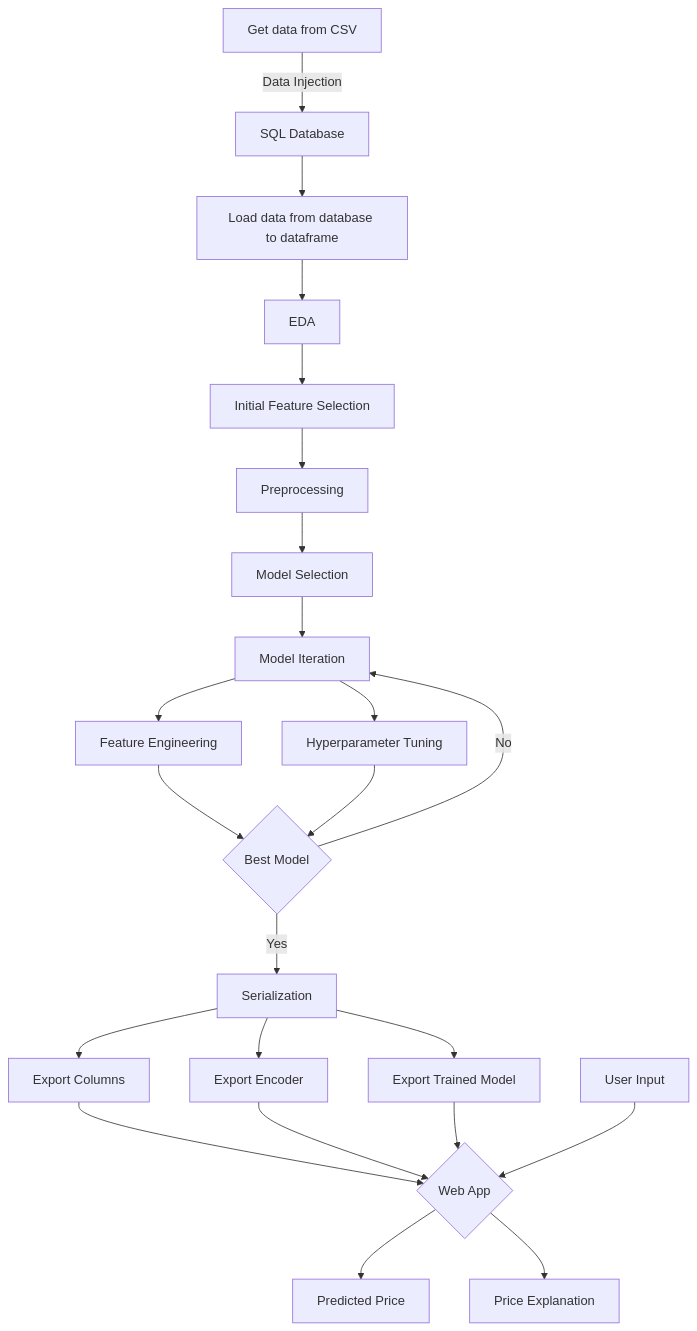
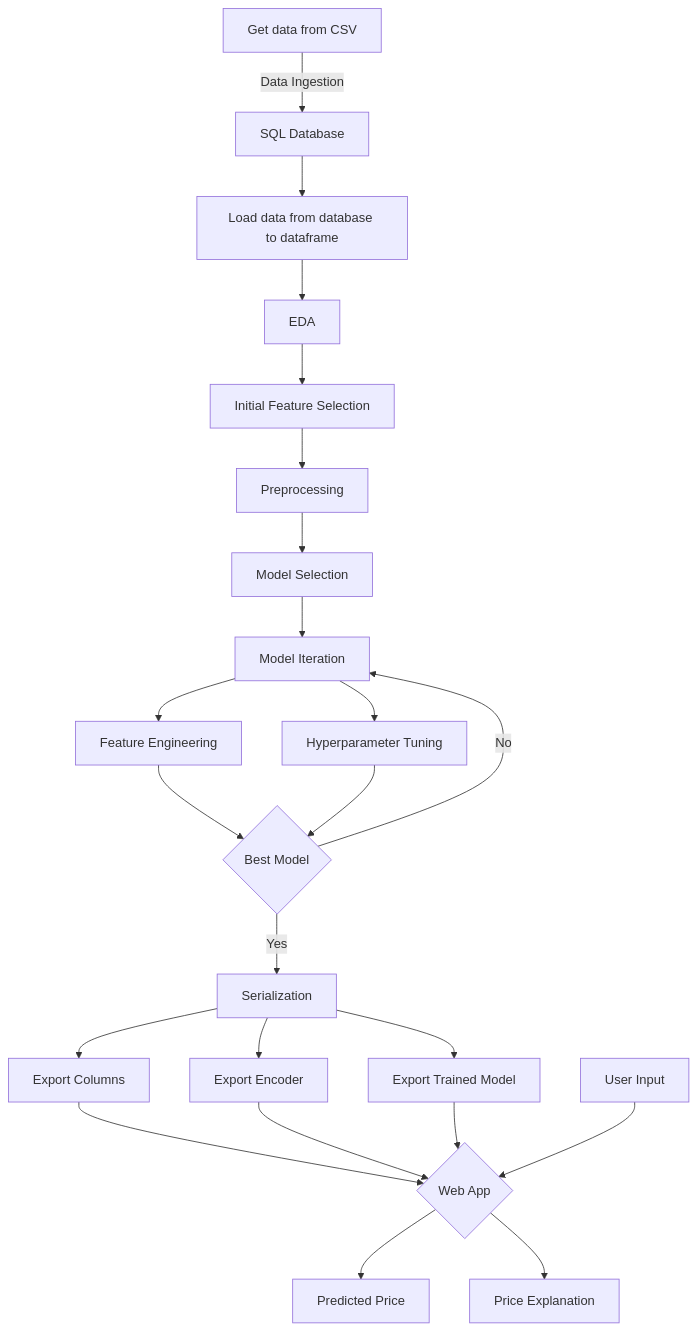
One commit to ge0rgeth0mas/HOUSE-PRICE-PREDICTOR changed the diagram in README.md. Above: the diagram before and after it, drawn with Mermaid. The commit also changed other lines of this file and 1 other file, not shown here.

````diff
--- a/README.md
+++ b/README.md
@@ -87,25 +87,25 @@
 ```mermaid
 graph TD;
-    A[Get data from CSV] --> |Data Injection| B[SQL Database];
+    A[Get data from CSV] --> |Data Ingestion| B[SQL Database];
     B --> C[Load data from database to dataframe];
     C --> D[EDA];
     D --> E[Initial Feature Selection];
     E --> F[Preprocessing];
     F --> G[Model Selection];
     G --> H[Model Iteration];
     H --> I[Feature Engineering]
     H --> J[Hyperparameter Tuning]
     I --> K{Best Model}
     K --> |No| H;
     J --> K
     K --> |Yes| L[Serialization];
     L --> M[Export Columns];
     L --> N[Export Encoder];
     L --> P[Export Trained Model];
     M --> Q{Web App};
     N --> Q;
     P --> Q;
     O[User Input] --> Q;
     Q --> R[Predicted Price];
     Q --> S[Price Explanation];
 ```
````
